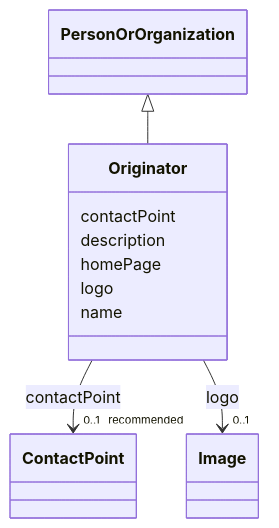
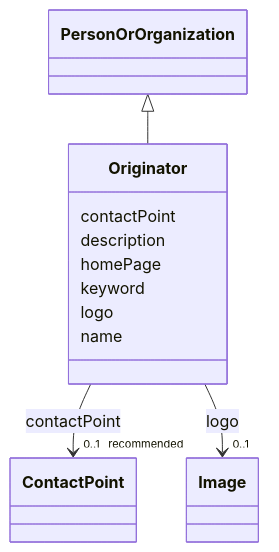
One commit to EVORA-project/evora-ontology changed the diagram in models/docs/Originator.md. Above: the diagram before and after it, drawn with Mermaid. The commit also changed other lines of this file and 402 other files, not shown here.

````diff
--- a/models/docs/Originator.md
+++ b/models/docs/Originator.md
@@ -19,33 +19,35 @@
 ```mermaid
  classDiagram
     class Originator
     click Originator href "../Originator"
       PersonOrOrganization <|-- Originator
         click PersonOrOrganization href "../PersonOrOrganization"
       
       Originator : contactPoint
         
           
     
     
     Originator --> "0..1 _recommended_" ContactPoint : contactPoint
     click ContactPoint href "../ContactPoint"
 
         
       Originator : description
         
       Originator : homePage
         
+      Originator : keyword
+        
       Originator : logo
         
           
     
     
     Originator --> "0..1" Image : logo
     click Image href "../Image"
 
         
       Originator : name
         
       
 ```
````
